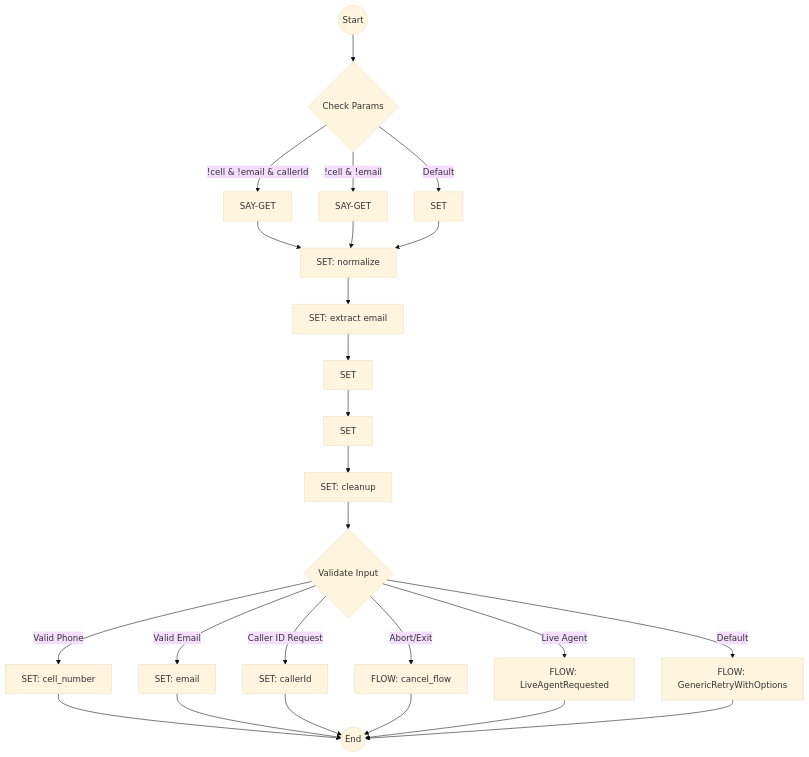
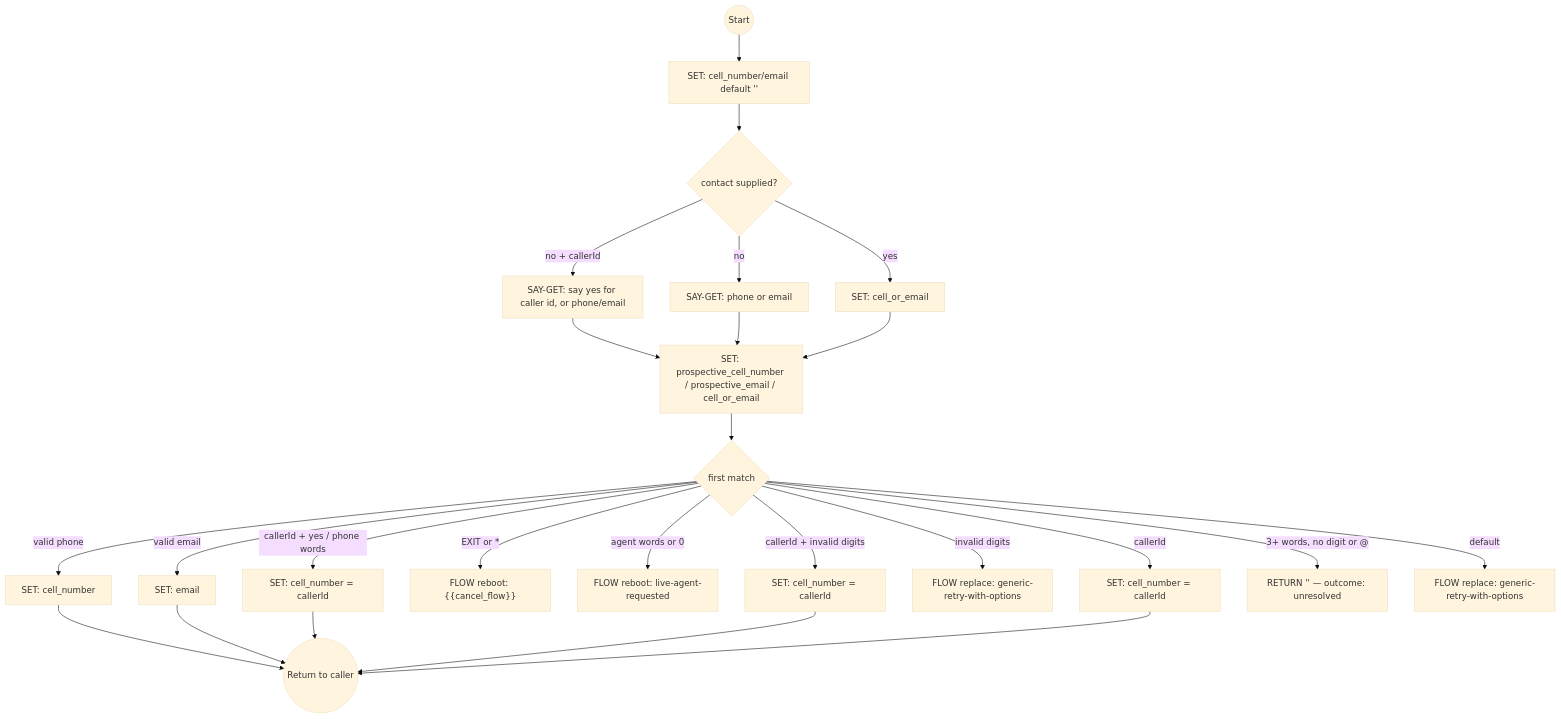
Before and after one commit to ronpinkas/jsfe: the sixth of 11 diagrams in docs/system-flows.md, drawn with Mermaid (base theme). The commit also changed other lines of this file and 3 other files, not shown here.

````diff
--- a/docs/system-flows.md
+++ b/docs/system-flows.md
@@ -80,31 +261,27 @@
 ```mermaid
 graph TD
-    start((Start)) --> ask_cell_or_email_if_no_param{Check Params}
-    ask_cell_or_email_if_no_param -->|!cell & !email & callerId| ask_cell_or_email_with_caller_id[SAY-GET]
-    ask_cell_or_email_if_no_param -->|!cell & !email| ask_cell_or_email[SAY-GET]
-    ask_cell_or_email_if_no_param -->|Default| use_provided_contact[SET]
-    
-    ask_cell_or_email_with_caller_id --> treat_as_phone_number[SET: normalize]
-    ask_cell_or_email --> treat_as_phone_number
-    use_provided_contact --> treat_as_phone_number
-    
-    treat_as_phone_number --> treat_as_email_address[SET: extract email]
-    treat_as_email_address --> treat_as_email_allow_spaces[SET]
-    treat_as_email_allow_spaces --> normalize_prospective_email[SET]
-    normalize_prospective_email --> normalize_cell_or_email[SET: cleanup]
-    
-    normalize_cell_or_email --> branch_on_cell_or_email{Validate Input}
-    branch_on_cell_or_email -->|Valid Phone| valid_phone[SET: cell_number]
-    branch_on_cell_or_email -->|Valid Email| valid_email[SET: email]
-    branch_on_cell_or_email -->|Caller ID Request| use_caller_id[SET: callerId]
-    branch_on_cell_or_email -->|Abort/Exit| abort_process[FLOW: cancel_flow]
-    branch_on_cell_or_email -->|Live Agent| goto_live_agent[FLOW: LiveAgentRequested]
-    branch_on_cell_or_email -->|Default| retry_cell_or_email[FLOW: GenericRetryWithOptions]
-    
-    valid_phone --> stop((End))
+    start((Start)) --> guards[SET: cell_number/email default '']
+    guards --> ask{contact supplied?}
+    ask -->|no + callerId| ask_with_caller_id[SAY-GET: say yes for caller id, or phone/email]
+    ask -->|no| ask_plain[SAY-GET: phone or email]
+    ask -->|yes| use_provided[SET: cell_or_email]
+    ask_with_caller_id --> normalize[SET: prospective_cell_number / prospective_email / cell_or_email]
+    ask_plain --> normalize
+    use_provided --> normalize
+    normalize --> branch{first match}
+    branch -->|valid phone| valid_phone[SET: cell_number]
+    branch -->|valid email| valid_email[SET: email]
+    branch -->|callerId + yes / phone words| use_caller_id[SET: cell_number = callerId]
+    branch -->|EXIT or *| abort_process["FLOW reboot: {{cancel_flow}}"]
+    branch -->|agent words or 0| goto_live_agent[FLOW reboot: live-agent-requested]
+    branch -->|callerId + invalid digits| fallback_invalid[SET: cell_number = callerId]
+    branch -->|invalid digits| invalid_phone[FLOW replace: generic-retry-with-options]
+    branch -->|callerId| fallback_unrecognized[SET: cell_number = callerId]
+    branch -->|3+ words, no digit or @| off_topic["RETURN '' — outcome: unresolved"]
+    branch -->|default| retry[FLOW replace: generic-retry-with-options]
+    valid_phone --> stop((Return to caller))
     valid_email --> stop
     use_caller_id --> stop
-    abort_process --> stop
-    goto_live_agent --> stop
-    retry_cell_or_email --> stop
+    fallback_invalid --> stop
+    fallback_unrecognized --> stop
 ```
````
